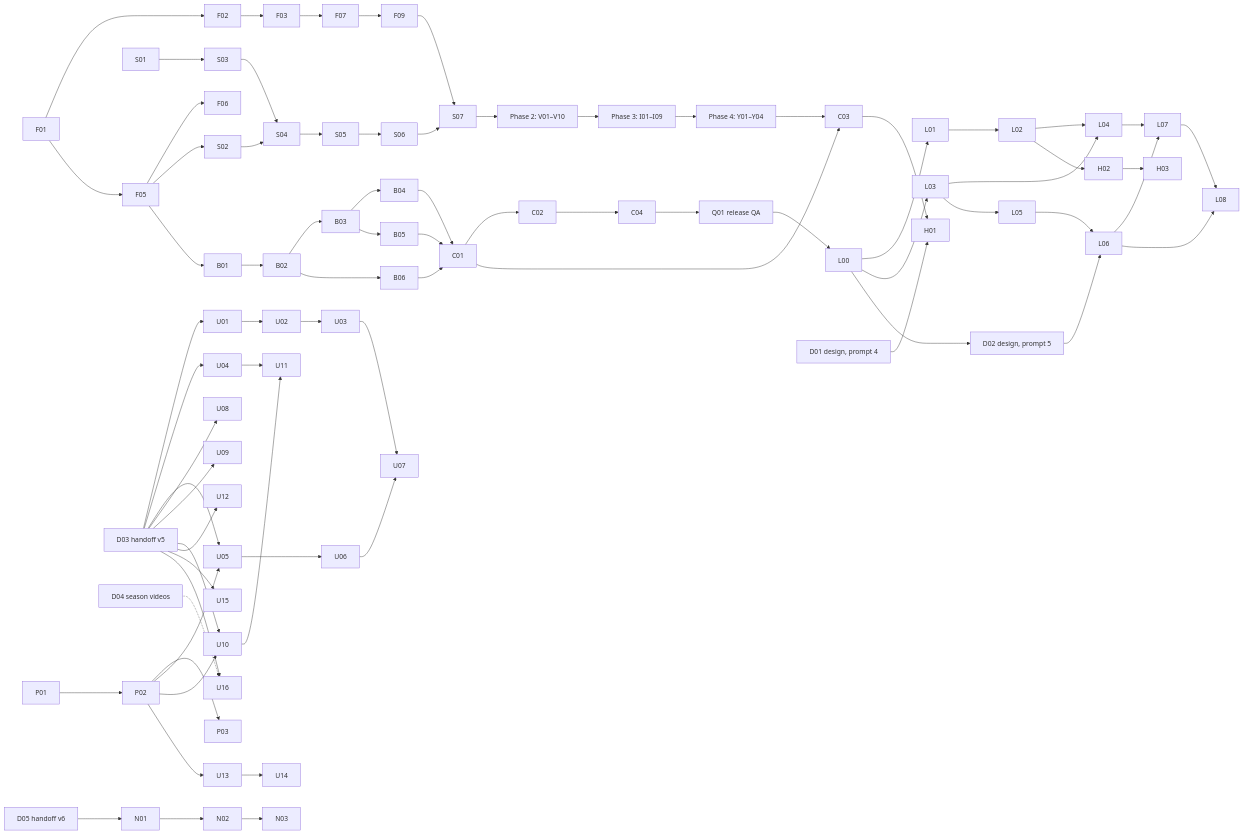
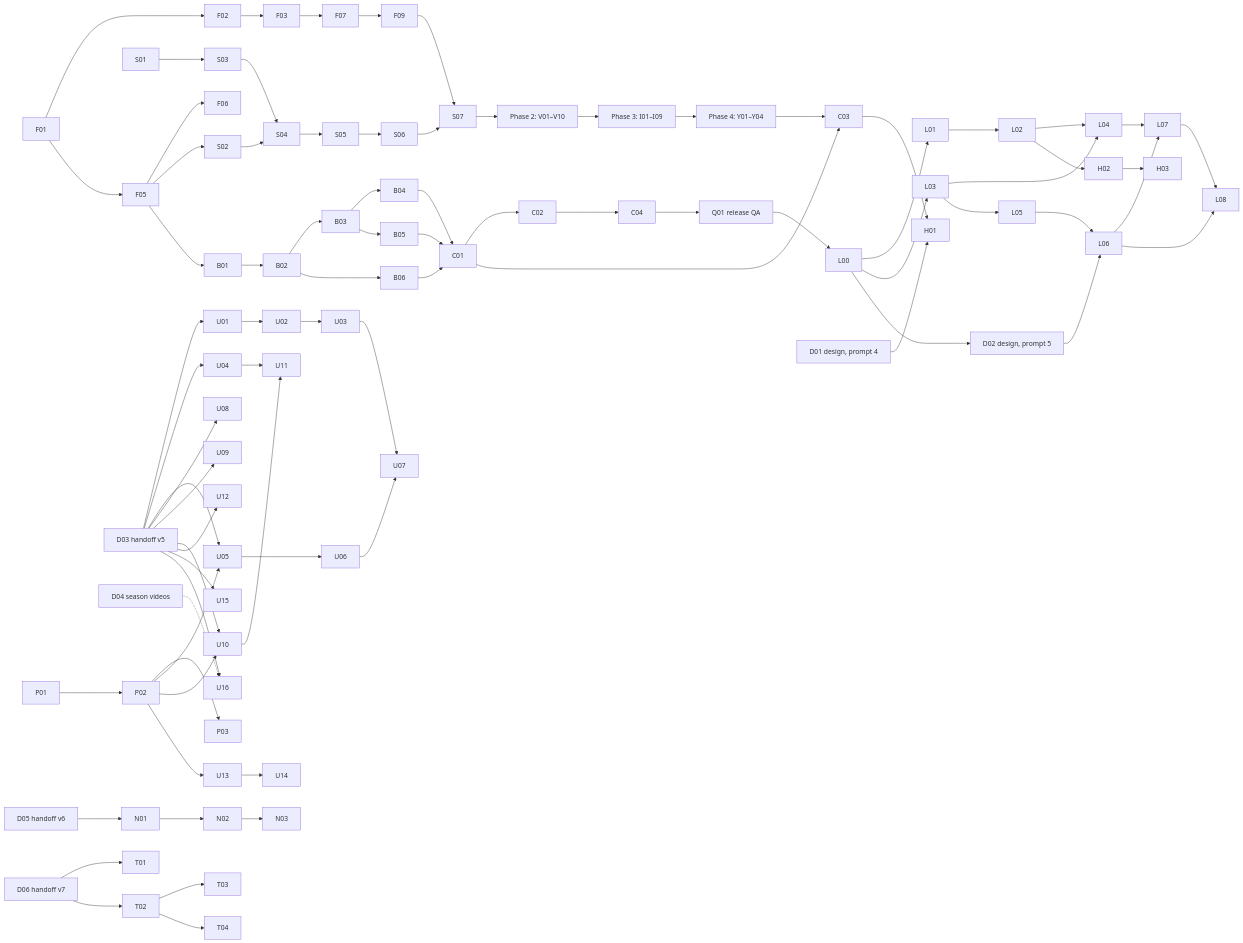
The diagram in docs/execution-plan.md (vespaiach/glance), drawn with Mermaid before and after one commit. The commit also changed other lines of this file and 7 other files, not shown here.

````diff
--- a/docs/execution-plan.md
+++ b/docs/execution-plan.md
@@ -34,37 +34,40 @@
 ```mermaid
 graph LR
   F01 --> F02 --> F03 --> F07 --> F09 --> S07
   F01 --> F05 --> F06
   F05 --> S02 --> S04 --> S05 --> S06 --> S07
   S01 --> S03 --> S04
   S07 --> V[Phase 2: V01–V10] --> I[Phase 3: I01–I09] --> Y[Phase 4: Y01–Y04]
   F05 --> B01 --> B02 --> B03 --> B04
   B03 --> B05
   B02 --> B06
   B04 & B05 & B06 --> C01 --> C02 --> C04
   Y --> C03
   C01 --> C03
   C04 --> Q[Q01 release QA]
   Q --> L00 --> L01 --> L02 --> L04
   L00 --> L03 --> L04
   L03 --> L05 --> L06
   L00 --> D02[D02 design, prompt 5] --> L06
   L04 & L06 --> L07
   L06 --> L08
   L07 --> L08
   C03 & D01[D01 design, prompt 4] --> H01
   L02 --> H02 --> H03
   P01 --> P02 --> P03
   D03[D03 handoff v5] --> U01 --> U02 --> U03 --> U07
   D03 --> U04 --> U11
   P02 & D03 --> U05 --> U06 --> U07
   D03 --> U08
   D03 --> U09
   P02 & D03 --> U10 --> U11
   D03 --> U12
   P02 --> U13 --> U14
   D03 --> U15
   D03 --> U16
   D04[D04 season videos] -.-> U16
   D05[D05 handoff v6] --> N01 --> N02 --> N03
+  D06[D06 handoff v7] --> T01
+  D06 --> T02 --> T03
+  T02 --> T04
 ```
````
